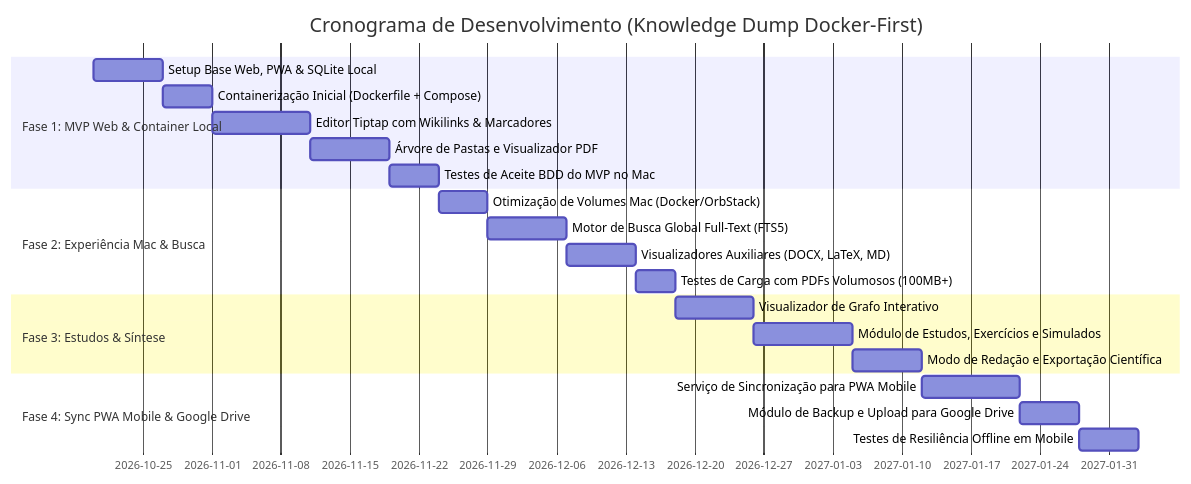
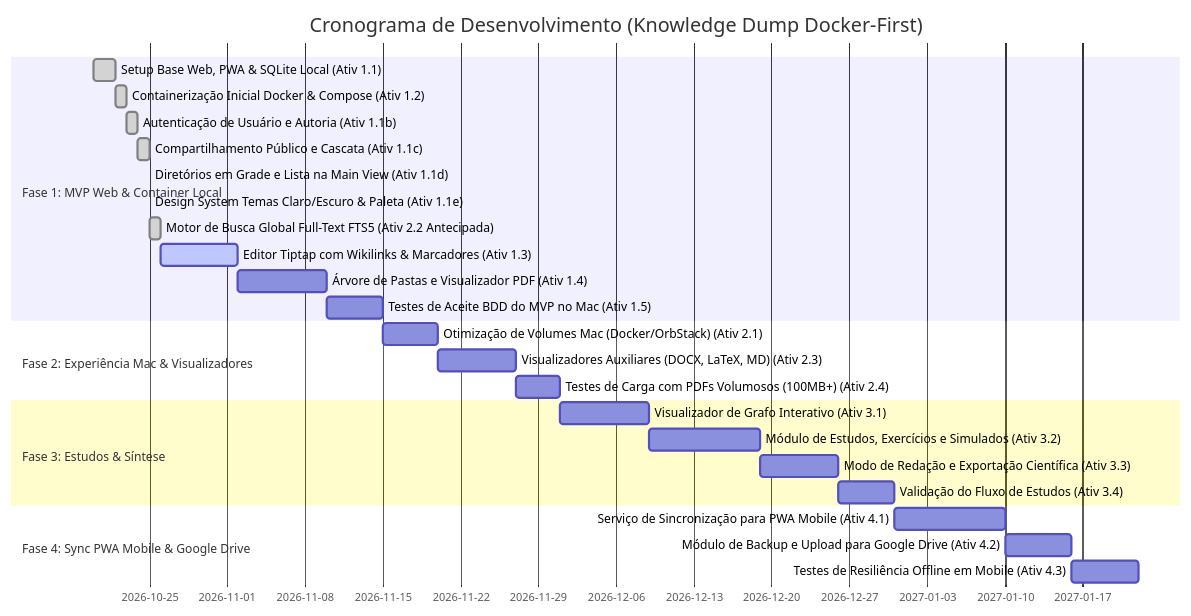
One commit to victor-reghini/knowledge-dump changed the second of 2 diagrams in docs/arquitetura_e_roadmap.md. Above: the diagram before and after it, drawn with Mermaid. The commit also changed other lines of this file and 27 other files, not shown here.

Commit message:
feat(mvp): core web pwa docker auth public share directory views design system e roadmap atualizado

````diff
--- a/docs/arquitetura_e_roadmap.md
+++ b/docs/arquitetura_e_roadmap.md
@@ -56,27 +56,32 @@
 ```mermaid
 gantt
     title Cronograma de Desenvolvimento (Knowledge Dump Docker-First)
     dateFormat  YYYY-MM-DD
     section Fase 1: MVP Web & Container Local
-    Setup Base Web, PWA & SQLite Local         :a1, 2026-10-20, 7d
-    Containerização Inicial (Dockerfile + Compose):a2, after a1, 5d
-    Editor Tiptap com Wikilinks & Marcadores   :a3, after a2, 10d
-    Árvore de Pastas e Visualizador PDF        :a4, after a3, 8d
-    Testes de Aceite BDD do MVP no Mac         :a5, after a4, 5d
+    Setup Base Web, PWA & SQLite Local (Ativ 1.1)             :done, a1, 2026-10-20, 2026-10-22
+    Containerização Inicial Docker & Compose (Ativ 1.2)        :done, a2, 2026-10-22, 2026-10-23
+    Autenticação de Usuário e Autoria (Ativ 1.1b)              :done, a1b, 2026-10-23, 2026-10-24
+    Compartilhamento Público e Cascata (Ativ 1.1c)             :done, a1c, 2026-10-24, 2026-10-25
+    Diretórios em Grade e Lista na Main View (Ativ 1.1d)       :done, a1d, 2026-10-25, 2026-10-25
+    Design System Temas Claro/Escuro & Paleta (Ativ 1.1e)      :done, a1e, 2026-10-25, 2026-10-25
+    Motor de Busca Global Full-Text FTS5 (Ativ 2.2 Antecipada) :done, b2, 2026-10-25, 2026-10-26
+    Editor Tiptap com Wikilinks & Marcadores (Ativ 1.3)        :active, a3, 2026-10-26, 7d
+    Árvore de Pastas e Visualizador PDF (Ativ 1.4)             :a4, after a3, 8d
+    Testes de Aceite BDD do MVP no Mac (Ativ 1.5)              :a5, after a4, 5d
 
-    section Fase 2: Experiência Mac & Busca
-    Otimização de Volumes Mac (Docker/OrbStack):b1, after a5, 5d
-    Motor de Busca Global Full-Text (FTS5)     :b2, after b1, 8d
-    Visualizadores Auxiliares (DOCX, LaTeX, MD):b3, after b2, 7d
-    Testes de Carga com PDFs Volumosos (100MB+):b4, after b3, 4d
+    section Fase 2: Experiência Mac & Visualizadores
+    Otimização de Volumes Mac (Docker/OrbStack) (Ativ 2.1)     :b1, after a5, 5d
+    Visualizadores Auxiliares (DOCX, LaTeX, MD) (Ativ 2.3)     :b3, after b1, 7d
+    Testes de Carga com PDFs Volumosos (100MB+) (Ativ 2.4)     :b4, after b3, 4d
 
     section Fase 3: Estudos & Síntese
-    Visualizador de Grafo Interativo          :c1, after b4, 8d
-    Módulo de Estudos, Exercícios e Simulados :c2, after c1, 10d
-    Modo de Redação e Exportação Científica   :c3, after c2, 7d
+    Visualizador de Grafo Interativo (Ativ 3.1)                :c1, after b4, 8d
+    Módulo de Estudos, Exercícios e Simulados (Ativ 3.2)       :c2, after c1, 10d
+    Modo de Redação e Exportação Científica (Ativ 3.3)         :c3, after c2, 7d
+    Validação do Fluxo de Estudos (Ativ 3.4)                   :c4, after c3, 5d
 
     section Fase 4: Sync PWA Mobile & Google Drive
-    Serviço de Sincronização para PWA Mobile   :d1, after c3, 10d
-    Módulo de Backup e Upload para Google Drive:d2, after d1, 6d
-    Testes de Resiliência Offline em Mobile   :d3, after d2, 6d
+    Serviço de Sincronização para PWA Mobile (Ativ 4.1)        :d1, after c4, 10d
+    Módulo de Backup e Upload para Google Drive (Ativ 4.2)     :d2, after d1, 6d
+    Testes de Resiliência Offline em Mobile (Ativ 4.3)         :d3, after d2, 6d
 ```
````
